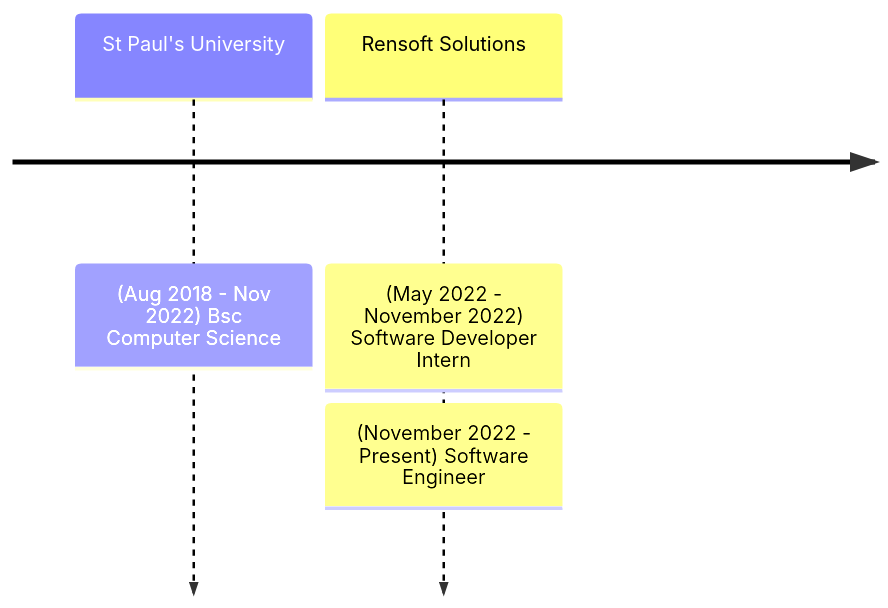
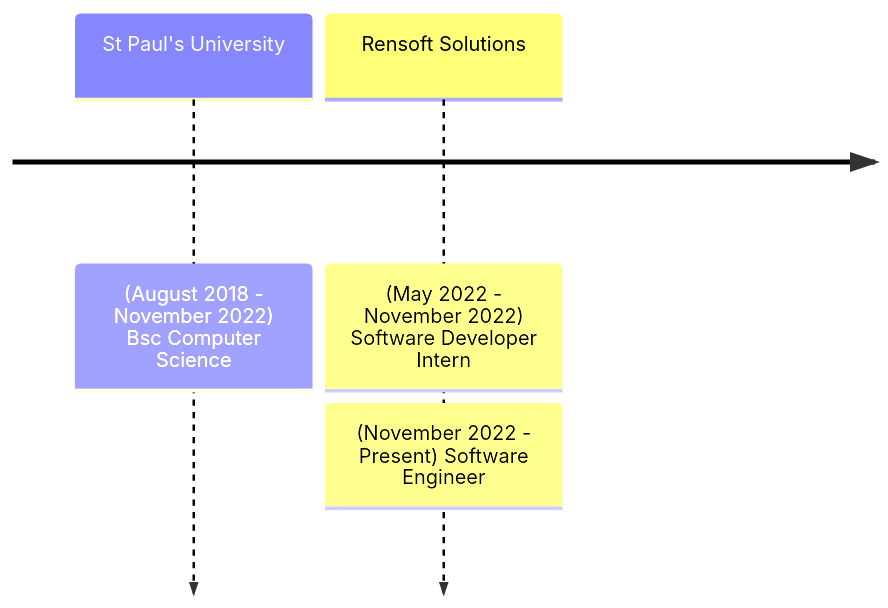
The diagram in pages/index.mdx (JAMESKURIA/nickjames-portfolio), drawn with Mermaid before and after one commit. The commit also changed other lines of this file and 6 other files, not shown here.

````diff
--- a/pages/index.mdx
+++ b/pages/index.mdx
@@ -16,6 +15,6 @@
 ```mermaid
 timeline
-    St Paul's University : (Aug 2018 - Nov 2022) Bsc Computer Science
+    St Paul's University : (August 2018 - November 2022) Bsc Computer Science
     Rensoft Solutions : (May 2022 - November 2022) Software Developer Intern
                       : (November 2022 - Present) Software Engineer
 ```
````
